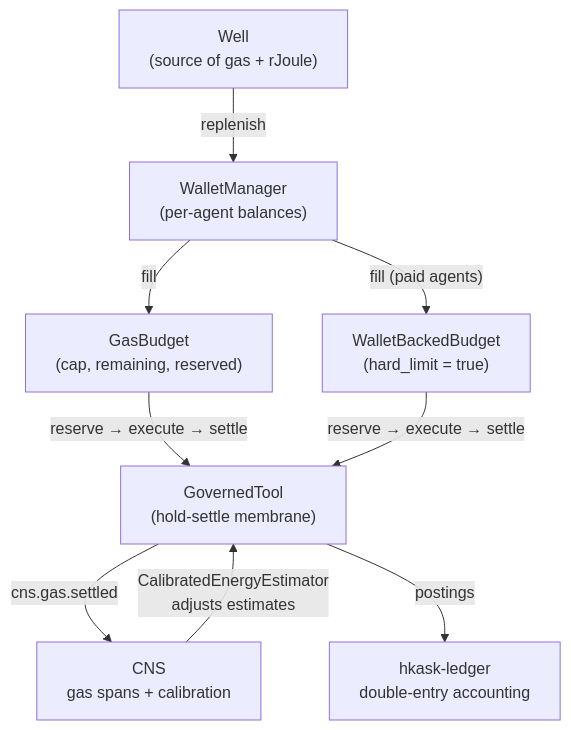
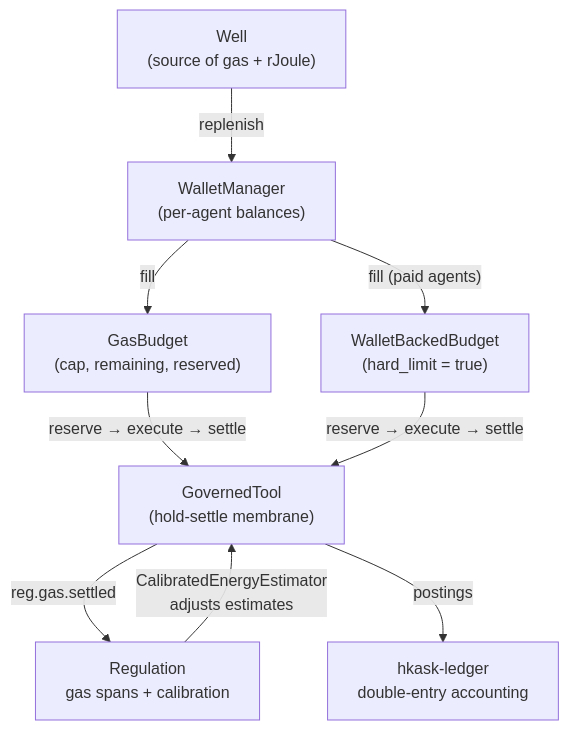
The first of 3 diagrams in docs/explanation/energy-and-economy.md (mdz-axo/hKask), drawn with Mermaid before and after one commit. The commit also changed other lines of this file and 68 other files, not shown here.

First line of the commit message:
Rename CNS to Regulation across docs

````diff
--- a/docs/explanation/energy-and-economy.md
+++ b/docs/explanation/energy-and-economy.md
@@ -103,19 +103,19 @@
 ```mermaid
 flowchart TD
     WELL["Well\n(source of gas + rJoule)"]
     WM["WalletManager\n(per-agent balances)"]
     GB["GasBudget\n(cap, remaining, reserved)"]
     WBB["WalletBackedBudget\n(hard_limit = true)"]
     LEDGER["hkask-ledger\ndouble-entry accounting"]
     GT["GovernedTool\n(hold-settle membrane)"]
-    CNS["CNS\ngas spans + calibration"]
+    Regulation["Regulation\ngas spans + calibration"]
 
     WELL -->|"replenish"| WM
     WM -->|"fill"| GB
     WM -->|"fill (paid agents)"| WBB
     GB -->|"reserve → execute → settle"| GT
     WBB -->|"reserve → execute → settle"| GT
-    GT -->|"cns.gas.settled"| CNS
+    GT -->|"reg.gas.settled"| Regulation
     GT -->|"postings"| LEDGER
-    CNS -->|"CalibratedEnergyEstimator\nadjusts estimates"| GT
+    Regulation -->|"CalibratedEnergyEstimator\nadjusts estimates"| GT
 ```
````
